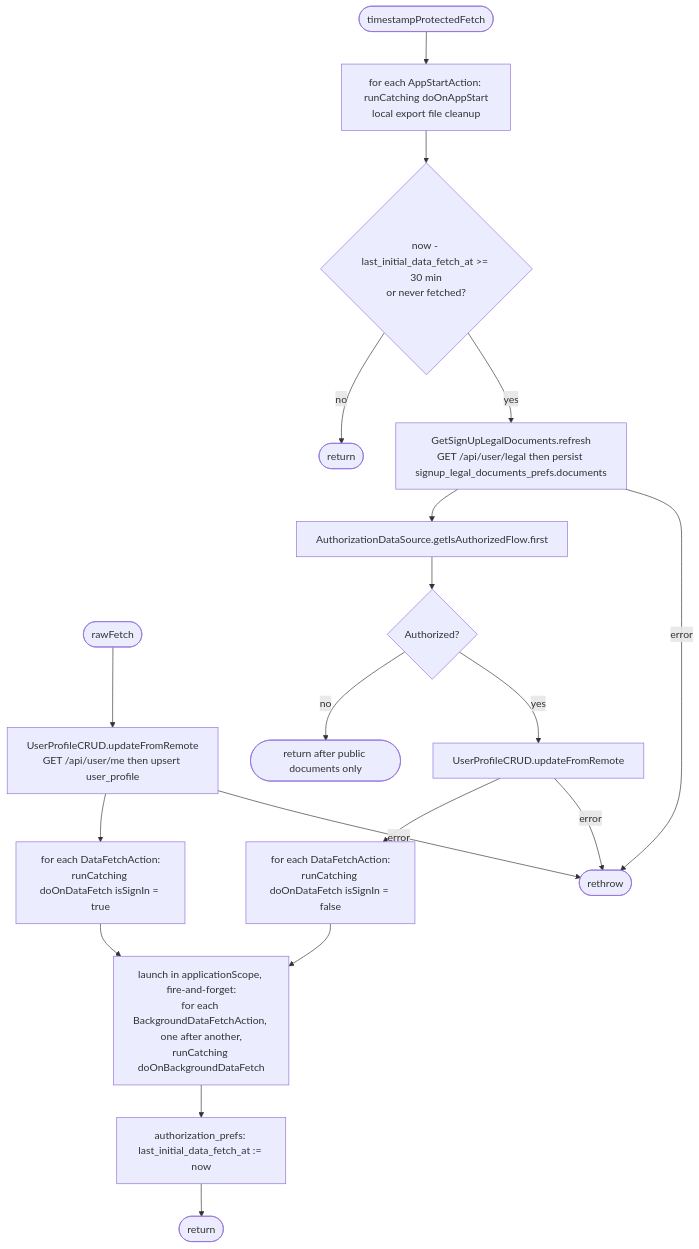
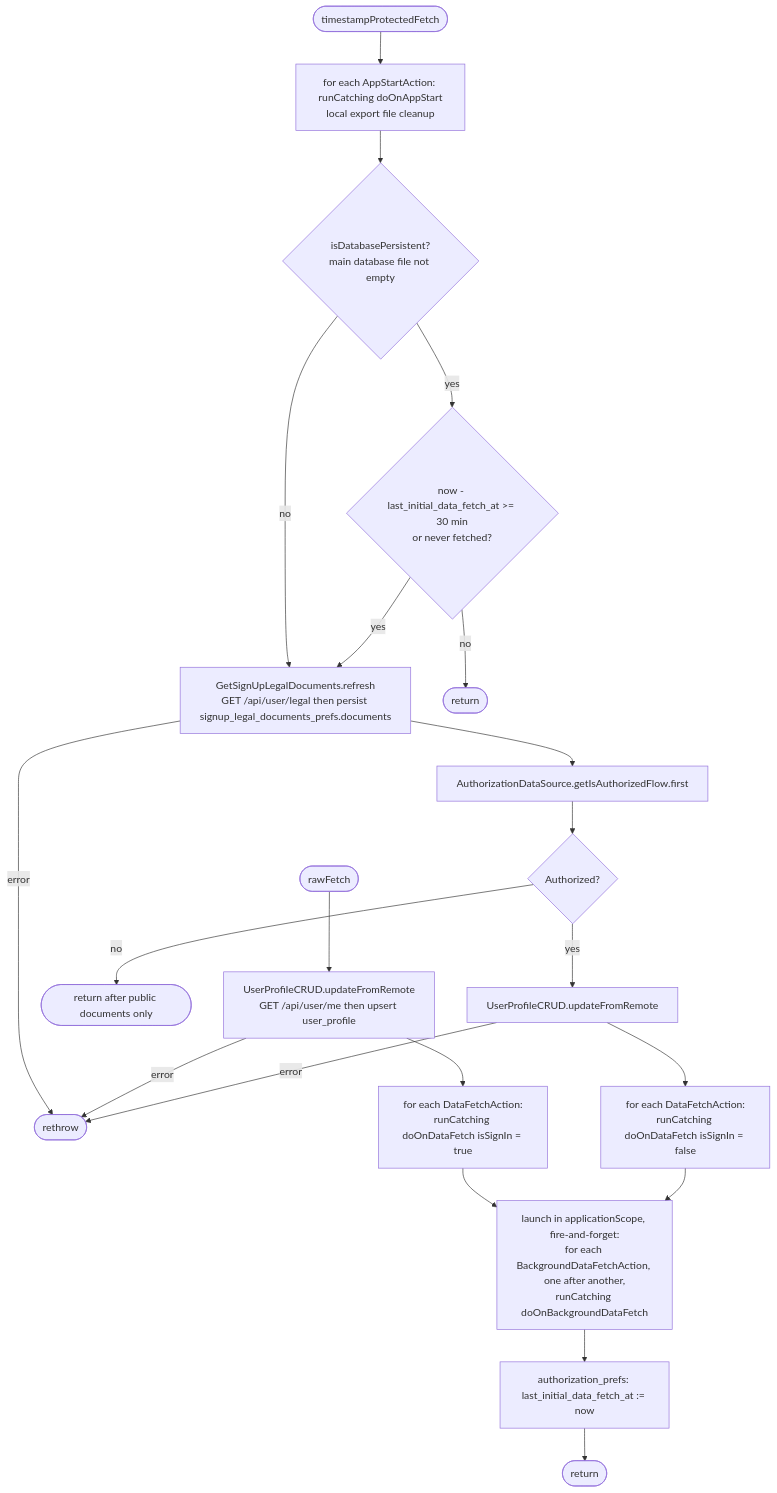
One commit to nocturneproperties/bookkme-client changed the first of 2 diagrams in docs/operations/authorization/initial-app-data-fetch.md. Above: the diagram before and after it, drawn with Mermaid. The commit also changed other lines of this file and 23 other files, not shown here.

````diff
--- a/docs/operations/authorization/initial-app-data-fetch.md
+++ b/docs/operations/authorization/initial-app-data-fetch.md
@@ -30,21 +34,23 @@
 ```mermaid
 flowchart TD
     A([rawFetch]) --> P
     B([timestampProtectedFetch]) --> Start[for each AppStartAction: runCatching doOnAppStart<br/>local export file cleanup]
-    Start --> Due{now - last_initial_data_fetch_at >= 30 min<br/>or never fetched?}
+    Start --> Persistent{isDatabasePersistent?<br/>main database file not empty}
+    Persistent -- no --> Legal
+    Persistent -- yes --> Due{now - last_initial_data_fetch_at >= 30 min<br/>or never fetched?}
     Due -- no --> Skip([return])
     Due -- yes --> Legal[GetSignUpLegalDocuments.refresh<br/>GET /api/user/legal then persist signup_legal_documents_prefs.documents]
     Legal --> Auth[AuthorizationDataSource.getIsAuthorizedFlow.first]
     Auth --> Authorized{Authorized?}
     Authorized -- no --> PublicOnly([return after public documents only])
     Authorized -- yes --> P2
     Legal -- error --> EX
     P[UserProfileCRUD.updateFromRemote<br/>GET /api/user/me then upsert user_profile] --> DataA[for each DataFetchAction:<br/>runCatching doOnDataFetch isSignIn = true]
     P2[UserProfileCRUD.updateFromRemote] --> DataB[for each DataFetchAction:<br/>runCatching doOnDataFetch isSignIn = false]
     DataA --> Background
     DataB --> Background
     Background[launch in applicationScope, fire-and-forget:<br/>for each BackgroundDataFetchAction, one after another,<br/>runCatching doOnBackgroundDataFetch] --> Mark[authorization_prefs: last_initial_data_fetch_at := now]
     Mark --> R([return])
     P -- error --> EX([rethrow])
     P2 -- error --> EX
 ```
````
